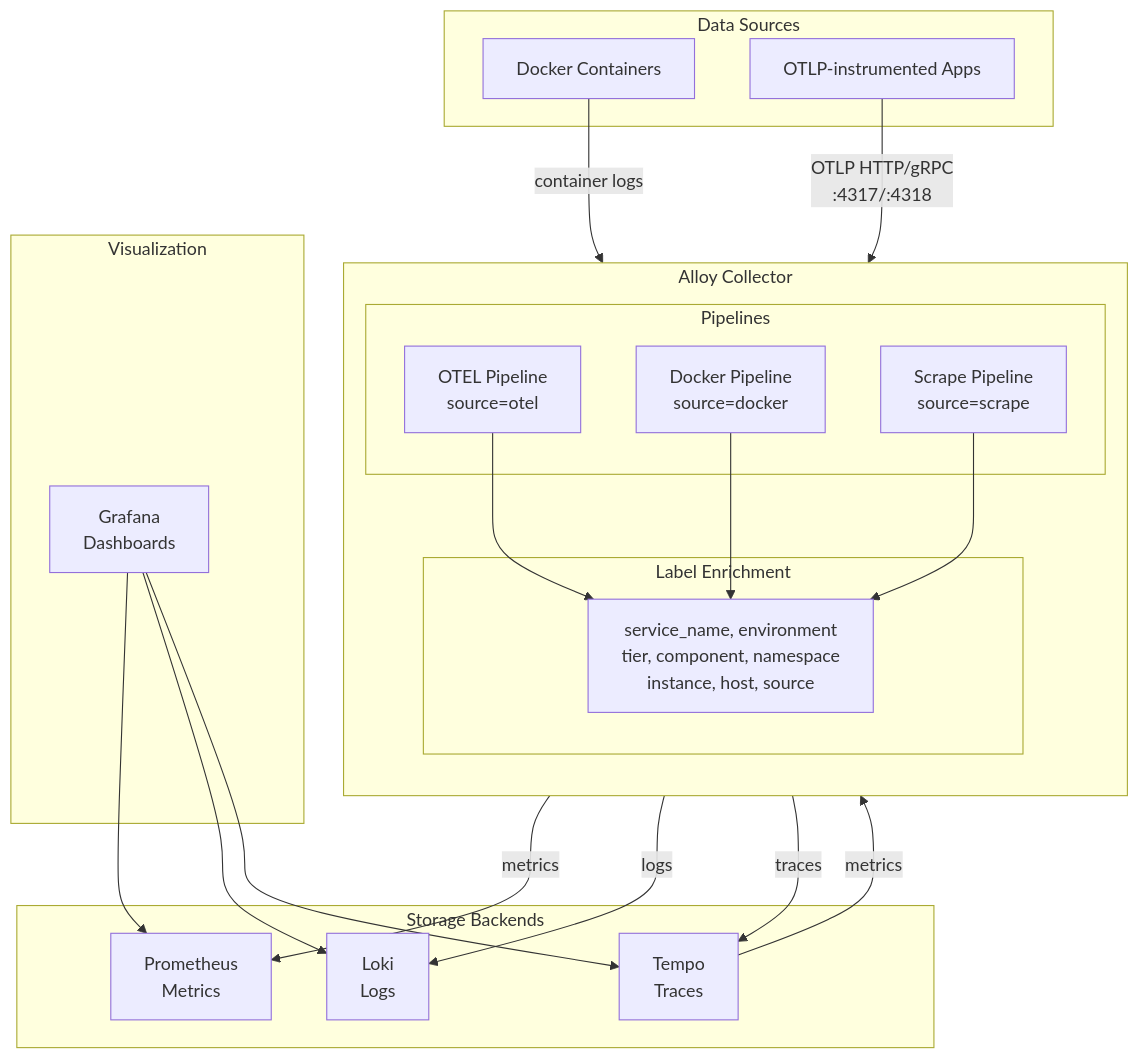
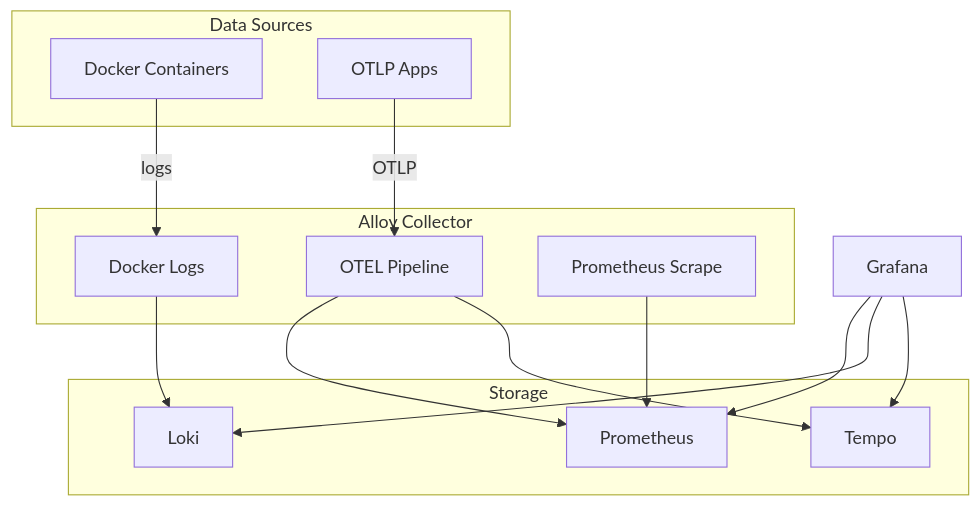
Before and after one commit to giocaizzi/rp5-homeserver: the diagram in services/observability/README.md, drawn with Mermaid. The commit also changed other lines of this file and 36 other files, not shown here.

````diff
--- a/services/observability/README.md
+++ b/services/observability/README.md
@@ -7,47 +21,33 @@
 ```mermaid
 flowchart TB
     subgraph sources["Data Sources"]
         docker["Docker Containers"]
-        otel_apps["OTLP-instrumented Apps"]
+        apps["OTLP Apps"]
     end
 
     subgraph collector["Alloy Collector"]
-        direction TB
-        subgraph pipelines["Pipelines"]
-            otel_pipe["OTEL Pipeline<br/>source=otel"]
-            docker_pipe["Docker Pipeline<br/>source=docker"]
-            scrape_pipe["Scrape Pipeline<br/>source=scrape"]
-        end
-        
-        subgraph enrichment["Label Enrichment"]
-            labels["service_name, environment<br/>tier, component, namespace<br/>instance, host, source"]
-        end
-        
-        otel_pipe --> labels
-        docker_pipe --> labels
-        scrape_pipe --> labels
+        otel["OTEL Pipeline"]
+        docker_logs["Docker Logs"]
+        scrape["Prometheus Scrape"]
     end
 
-    subgraph backends["Storage Backends"]
-        prometheus["Prometheus<br/>Metrics"]
-        loki["Loki<br/>Logs"]
-        tempo["Tempo<br/>Traces"]
+    subgraph backends["Storage"]
+        prometheus["Prometheus"]
+        loki["Loki"]
+        tempo["Tempo"]
     end
     
-    subgraph visualization["Visualization"]
-        grafana["Grafana<br/>Dashboards"]
-    end
+    grafana["Grafana"]
 
-    %% Data flow
-    otel_apps -->|"OTLP HTTP/gRPC<br/>:4317/:4318"| otel_pipe
-    docker -->|"container logs"| docker_pipe
-    tempo -->|"metrics"| scrape_pipe
+    apps -->|"OTLP"| otel
+    docker -->|"logs"| docker_logs
     
-    labels -->|"metrics"| prometheus
-    labels -->|"logs"| loki
-    labels -->|"traces"| tempo
+    otel --> prometheus
+    otel --> tempo
+    docker_logs --> loki
+    scrape --> prometheus
     
     grafana --> prometheus
     grafana --> loki
     grafana --> tempo
 ```
````
